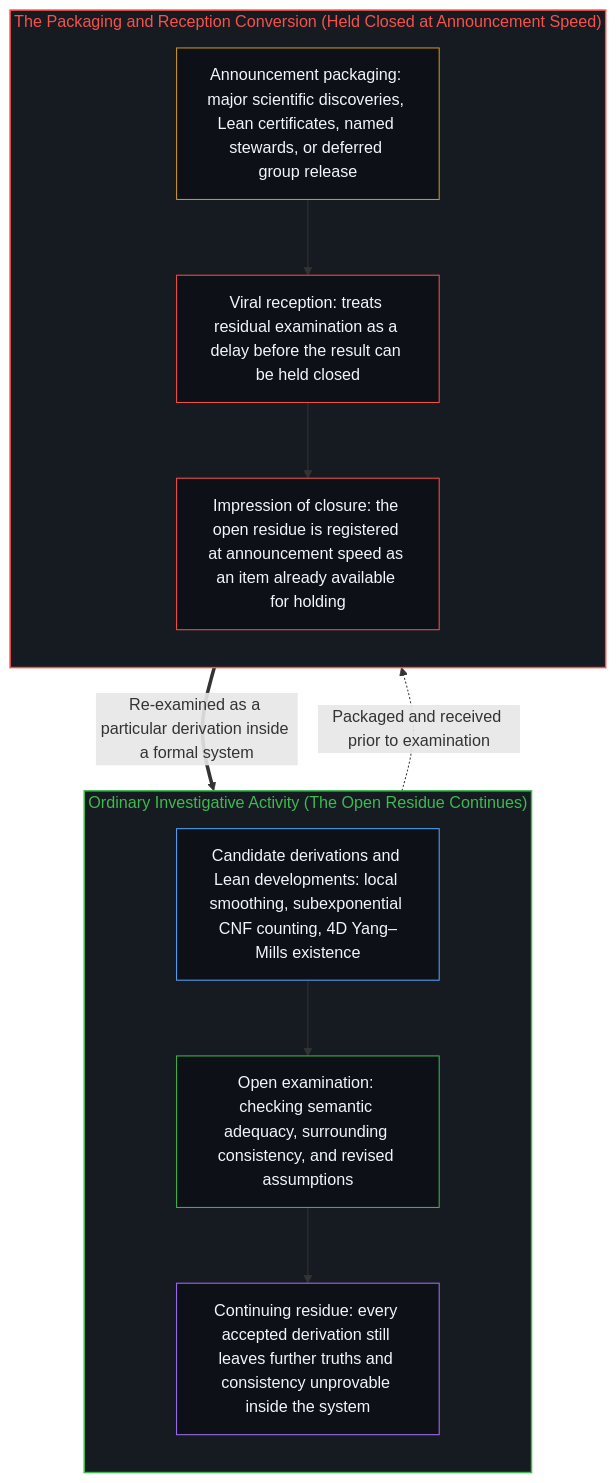
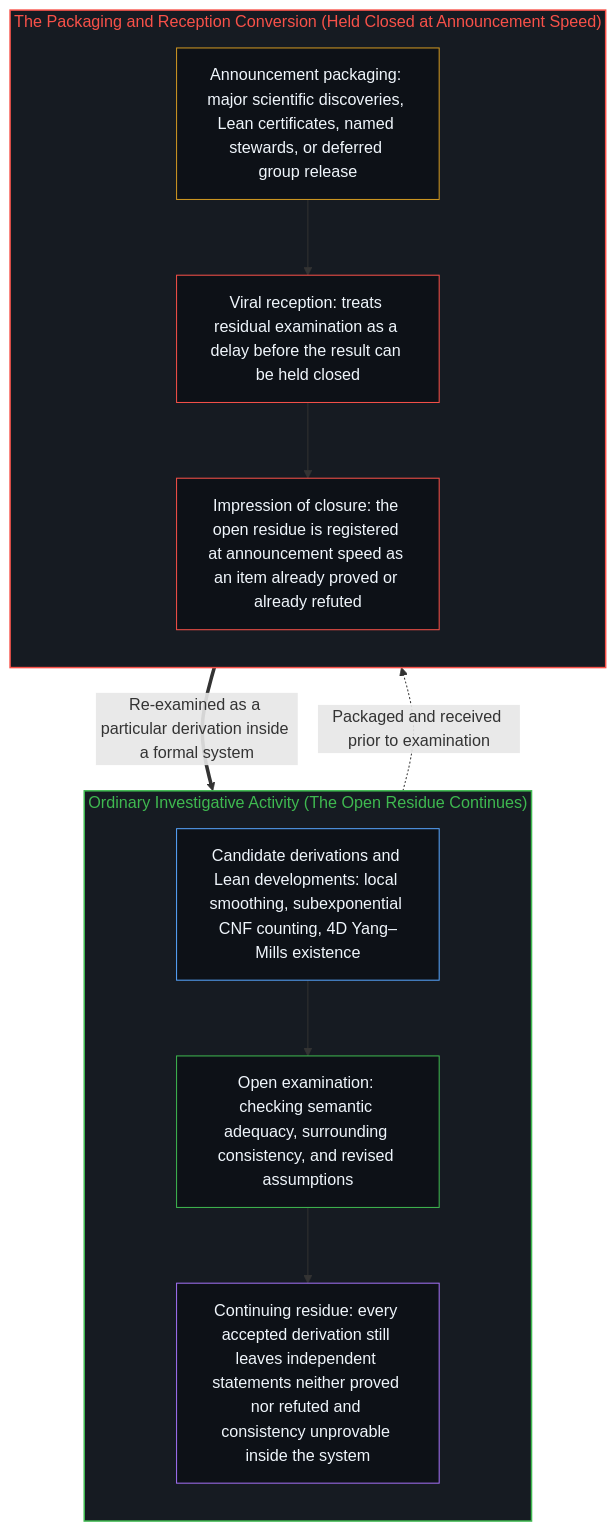
The second of 4 diagrams in content/posts/incompleteness-exhibited-twice.md (powerpig99/not-a-toe), drawn with Mermaid before and after one commit. The commit also changed other lines of this file and 4 other files, not shown here.

````diff
--- a/content/posts/incompleteness-exhibited-twice.md
+++ b/content/posts/incompleteness-exhibited-twice.md
@@ -57,27 +65,27 @@
 ```mermaid
 flowchart TD
     subgraph S_Open["Ordinary Investigative Activity (The Open Residue Continues)"]
         direction TB
         Cand["Candidate derivations and Lean developments: local smoothing, subexponential CNF counting, 4D Yang–Mills existence"]
         Exam["Open examination: checking semantic adequacy, surrounding consistency, and revised assumptions"]
-        Cont["Continuing residue: every accepted derivation still leaves further truths and consistency unprovable inside the system"]
+        Cont["Continuing residue: every accepted derivation still leaves independent statements neither proved nor refuted and consistency unprovable inside the system"]
         Cand --> Exam --> Cont
     end
     subgraph S_Conv["The Packaging and Reception Conversion (Held Closed at Announcement Speed)"]
         direction TB
         Pack["Announcement packaging: major scientific discoveries, Lean certificates, named stewards, or deferred group release"]
         Delay["Viral reception: treats residual examination as a delay before the result can be held closed"]
-        Hold["Impression of closure: the open residue is registered at announcement speed as an item already available for holding"]
+        Hold["Impression of closure: the open residue is registered at announcement speed as an item already proved or already refuted"]
         Pack --> Delay --> Hold
     end
     Cand -.->|"Packaged and received prior to examination"| Pack
     Hold ==>|"Re-examined as a particular derivation inside a formal system"| Exam
     style S_Open fill:#161b22,stroke:#3fb950,stroke-width:1.5px,color:#3fb950
     style S_Conv fill:#161b22,stroke:#f85149,stroke-width:1.5px,color:#f85149
     style Cand fill:#0d1117,stroke:#58a6ff,stroke-width:1px,color:#f0f6fc
     style Exam fill:#0d1117,stroke:#3fb950,stroke-width:1px,color:#f0f6fc
     style Cont fill:#0d1117,stroke:#a371f7,stroke-width:1px,color:#f0f6fc
     style Pack fill:#0d1117,stroke:#d29922,stroke-width:1px,color:#f0f6fc
     style Delay fill:#0d1117,stroke:#f85149,stroke-width:1px,color:#f0f6fc
     style Hold fill:#0d1117,stroke:#f85149,stroke-width:1px,color:#f0f6fc
 ```
````
